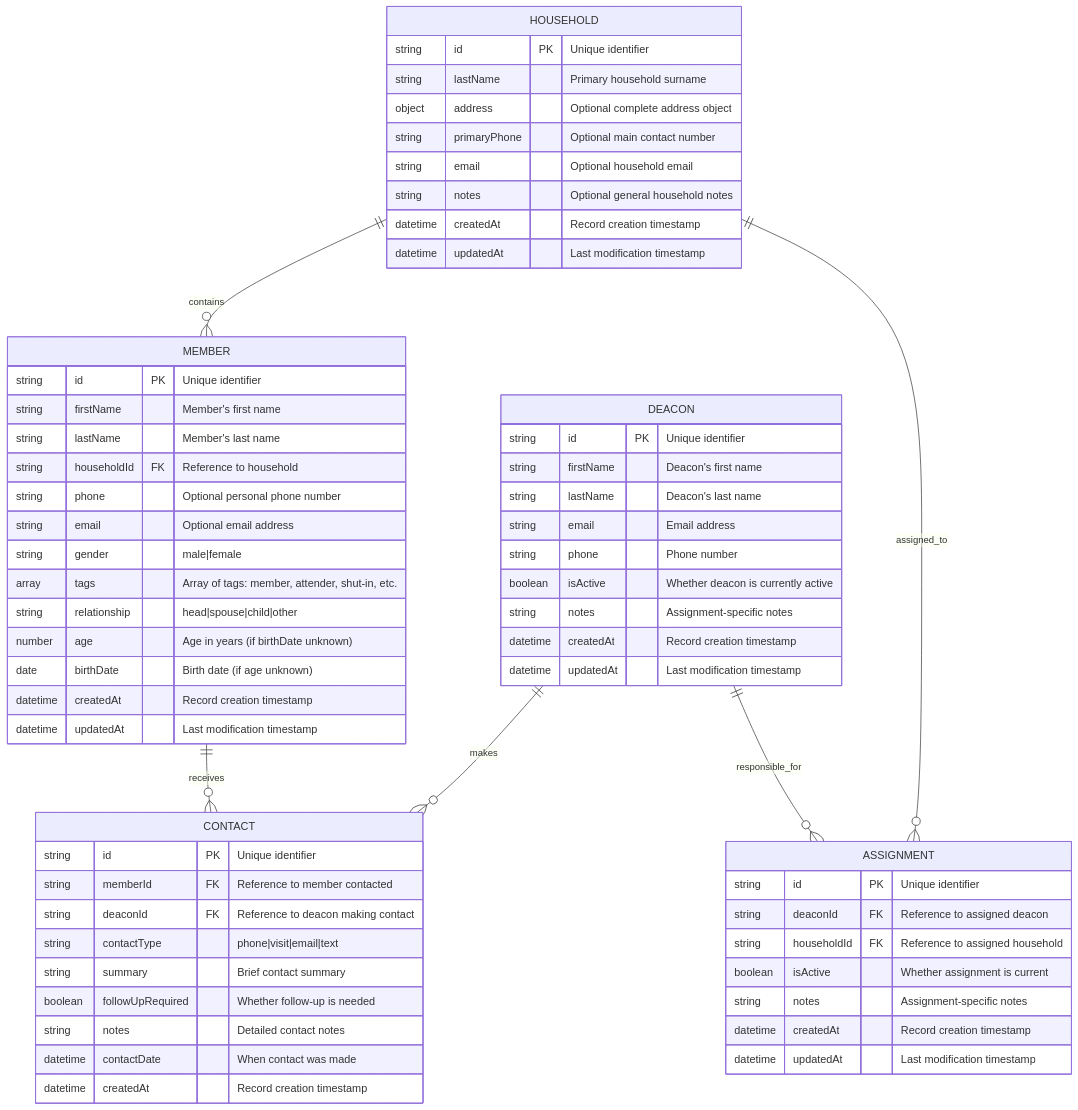
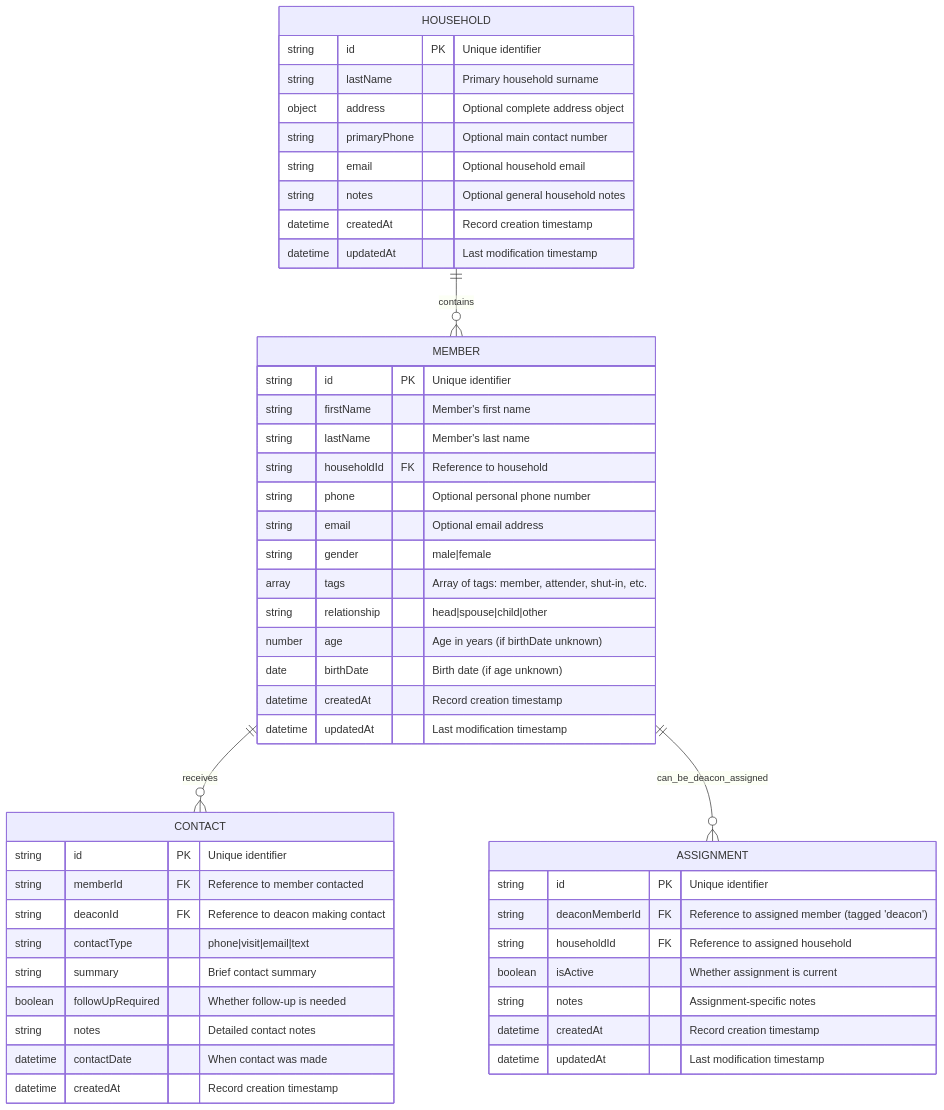
The diagram in docs/database-schema.md (AveryRegier/actsix), drawn with Mermaid before and after one commit. The commit also changed other lines of this file and 7 other files, not shown here.

Commit message:
deacons are members, address member add flow

````diff
--- a/docs/database-schema.md
+++ b/docs/database-schema.md
@@ -7,70 +7,56 @@
 ```mermaid
 erDiagram
     HOUSEHOLD {
         string id PK "Unique identifier"
         string lastName "Primary household surname"
         object address "Optional complete address object"
         string primaryPhone "Optional main contact number"
         string email "Optional household email"
         string notes "Optional general household notes"
         datetime createdAt "Record creation timestamp"
         datetime updatedAt "Last modification timestamp"
     }
     
     MEMBER {
         string id PK "Unique identifier"
         string firstName "Member's first name"
         string lastName "Member's last name"
         string householdId FK "Reference to household"
         string phone "Optional personal phone number"
         string email "Optional email address"
         string gender "male|female"
         array tags "Array of tags: member, attender, shut-in, etc."
         string relationship "head|spouse|child|other"
         number age "Age in years (if birthDate unknown)"
         date birthDate "Birth date (if age unknown)"
         datetime createdAt "Record creation timestamp"
         datetime updatedAt "Last modification timestamp"
     }
     
     CONTACT {
         string id PK "Unique identifier"
         string memberId FK "Reference to member contacted"
         string deaconId FK "Reference to deacon making contact"
         string contactType "phone|visit|email|text"
         string summary "Brief contact summary"
         boolean followUpRequired "Whether follow-up is needed"
         string notes "Detailed contact notes"
         datetime contactDate "When contact was made"
         datetime createdAt "Record creation timestamp"
     }
     
-    DEACON {
-        string id PK "Unique identifier"
-        string firstName "Deacon's first name"
-        string lastName "Deacon's last name"
-        string email "Email address"
-        string phone "Phone number"
-        boolean isActive "Whether deacon is currently active"
-        string notes "Assignment-specific notes"
-        datetime createdAt "Record creation timestamp"
-        datetime updatedAt "Last modification timestamp"
-    }
-    
     ASSIGNMENT {
         string id PK "Unique identifier"
-        string deaconId FK "Reference to assigned deacon"
+        string deaconMemberId FK "Reference to assigned member (tagged 'deacon')"
         string householdId FK "Reference to assigned household"
         boolean isActive "Whether assignment is current"
         string notes "Assignment-specific notes"
         datetime createdAt "Record creation timestamp"
         datetime updatedAt "Last modification timestamp"
     }
-    
+
     %% Relationships
     HOUSEHOLD ||--o{ MEMBER : "contains"
     MEMBER ||--o{ CONTACT : "receives"
-    DEACON ||--o{ CONTACT : "makes"
-    DEACON ||--o{ ASSIGNMENT : "responsible_for"
-    HOUSEHOLD ||--o{ ASSIGNMENT : "assigned_to"
+    MEMBER ||--o{ ASSIGNMENT : "can_be_deacon_assigned"
 ```
````
